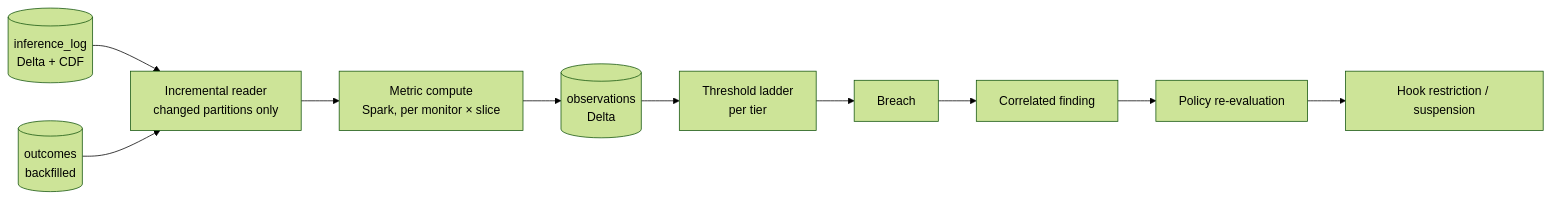
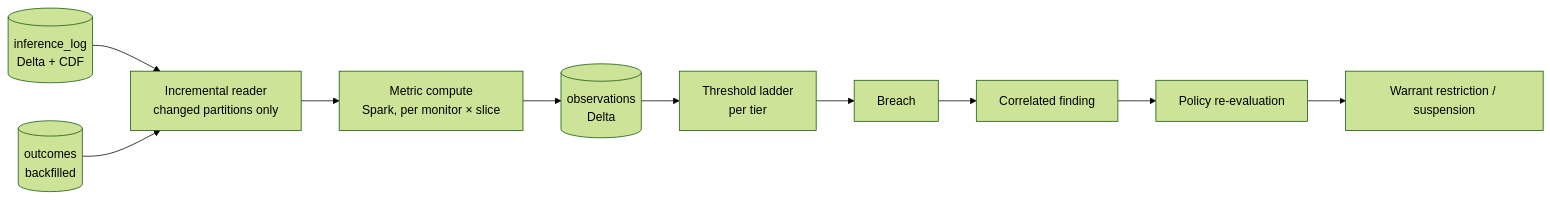
The fourth of 5 diagrams in docs/14-detailed-design.md (ajsinha/maya), drawn with Mermaid (forest theme) before and after one commit. The commit also changed other lines of this file and 50 other files, not shown here.

````diff
--- a/docs/14-detailed-design.md
+++ b/docs/14-detailed-design.md
@@ -726,10 +726,10 @@
 ```mermaid
 flowchart LR
     IL[("inference_log<br/>Delta + CDF")] --> INC["Incremental reader<br/>changed partitions only"]
     OUT[("outcomes<br/>backfilled")] --> INC
     INC --> COMP["Metric compute<br/>Spark, per monitor × slice"]
     COMP --> OBS[("observations<br/>Delta")]
     OBS --> THR["Threshold ladder<br/>per tier"]
     THR --> BR["Breach"] --> FND["Correlated finding"] --> POL["Policy re-evaluation"]
-    POL --> HK["Hook restriction / suspension"]
+    POL --> HK["Warrant restriction / suspension"]
 ```
````
